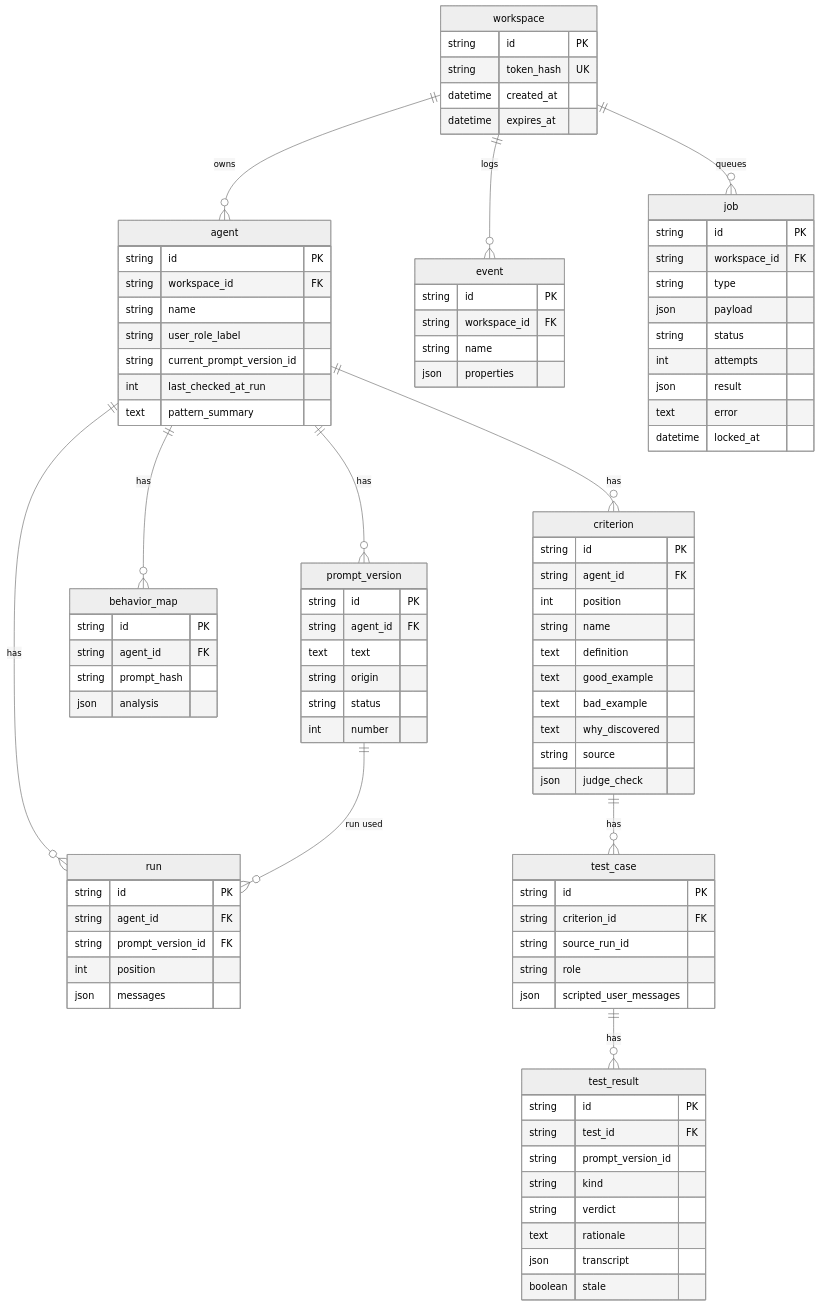
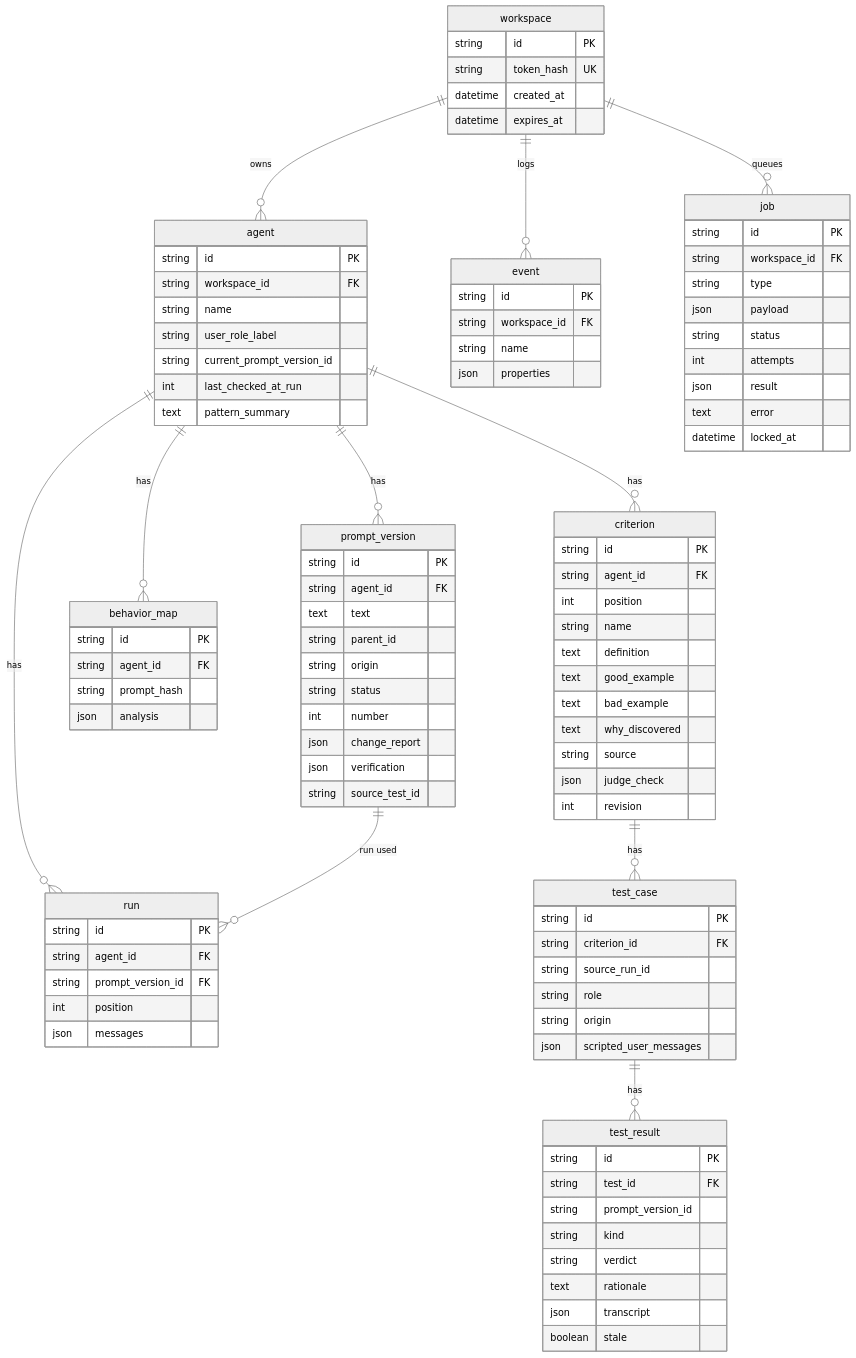
Before and after one commit to harikrshm/Eval-Discovery: the seventh of 8 diagrams in docs/ARCHITECTURE.md, drawn with Mermaid (neutral theme). The commit also changed other lines of this file and 1 other file, not shown here.

```diff
--- a/docs/ARCHITECTURE.md
+++ b/docs/ARCHITECTURE.md
@@ -342,9 +457,13 @@
         string id PK
         string agent_id FK
         text text
+        string parent_id
         string origin
         string status
         int number
+        json change_report
+        json verification
+        string source_test_id
     }
     behavior_map {
         string id PK
@@ -370,6 +489,7 @@
         text why_discovered
         string source
         json judge_check
+        int revision
     }
     event {
         string id PK
@@ -382,6 +502,7 @@
         string criterion_id FK
         string source_run_id
         string role
+        string origin
         json scripted_user_messages
     }
     test_result {
```
